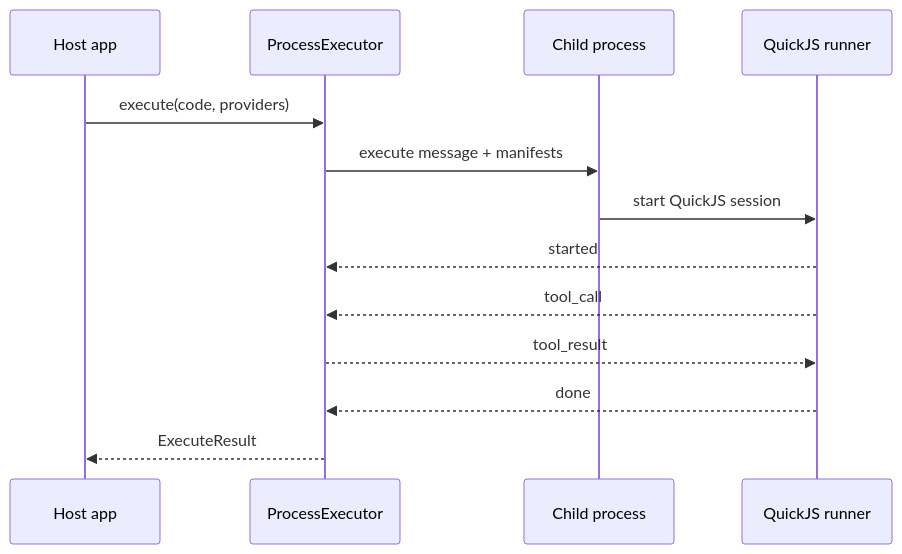
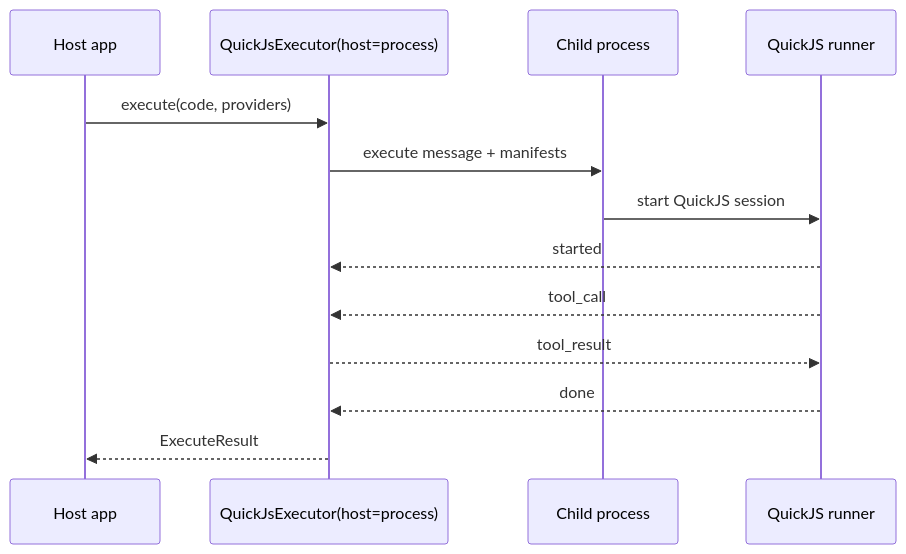
Before and after one commit to aallam/execbox: the third of 3 diagrams in docs/architecture/execbox-executors.md, drawn with Mermaid. The commit also changed other lines of this file and 86 other files, not shown here.

````diff
--- a/docs/architecture/execbox-executors.md
+++ b/docs/architecture/execbox-executors.md
@@ -95,16 +95,16 @@
 ```mermaid
 sequenceDiagram
     participant Host as Host app
-    participant Exec as ProcessExecutor
+    participant Exec as QuickJsExecutor(host=process)
     participant Child as Child process
     participant Runner as QuickJS runner
 
     Host->>Exec: execute(code, providers)
     Exec->>Child: execute message + manifests
     Child->>Runner: start QuickJS session
     Runner-->>Exec: started
     Runner-->>Exec: tool_call
     Exec-->>Runner: tool_result
     Runner-->>Exec: done
     Exec-->>Host: ExecuteResult
 ```
````
